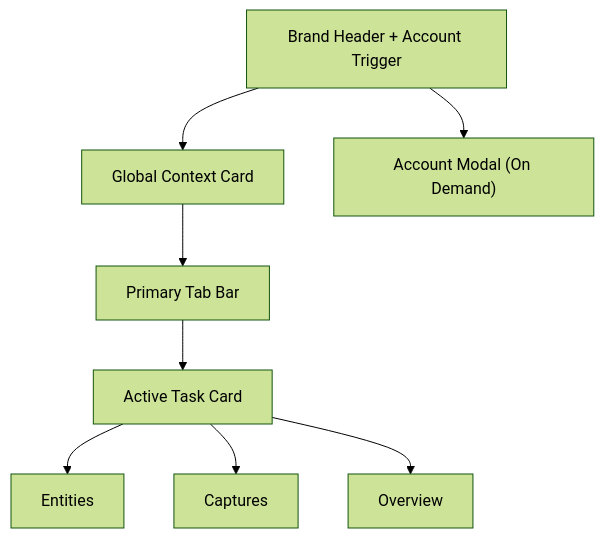
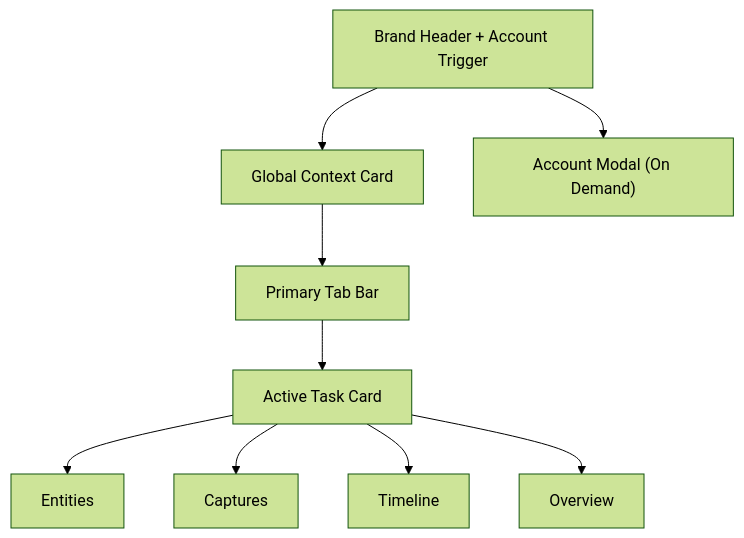
One commit to novedu/World-Link-Alpha changed the diagram in design/ui-design-spec.md. Above: the diagram before and after it, drawn with Mermaid (forest theme). The commit also changed other lines of this file and 115 other files, not shown here.

````diff
--- a/design/ui-design-spec.md
+++ b/design/ui-design-spec.md
@@ -75,10 +89,11 @@
 ```mermaid
 flowchart TD
   A["Brand Header + Account Trigger"] --> B["Global Context Card"]
   B --> C["Primary Tab Bar"]
   C --> D["Active Task Card"]
   D --> E["Entities"]
   D --> F["Captures"]
-  D --> G["Overview"]
-  A --> H["Account Modal (On Demand)"]
+  D --> G["Timeline"]
+  D --> H["Overview"]
+  A --> I["Account Modal (On Demand)"]
 ```
````
